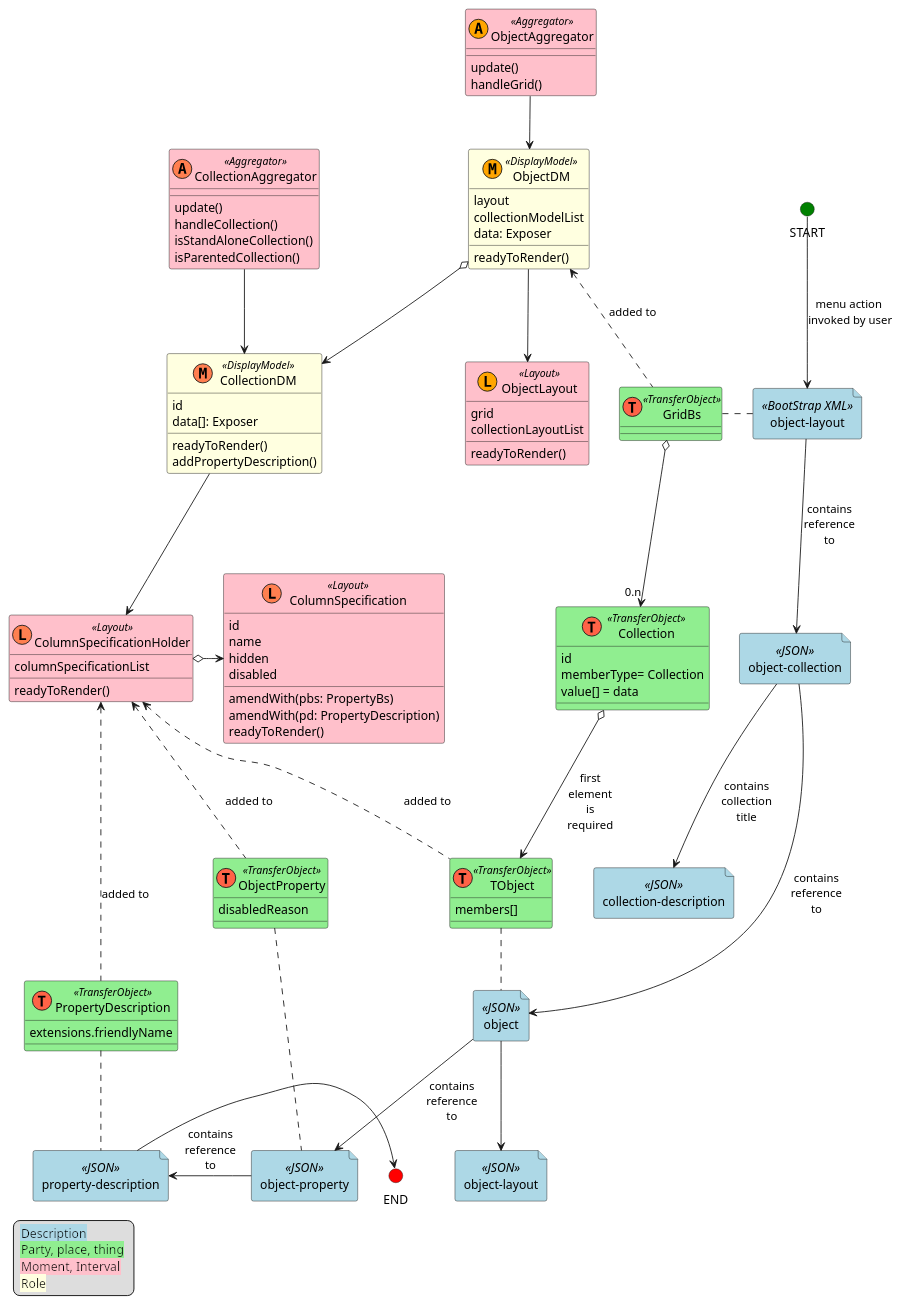
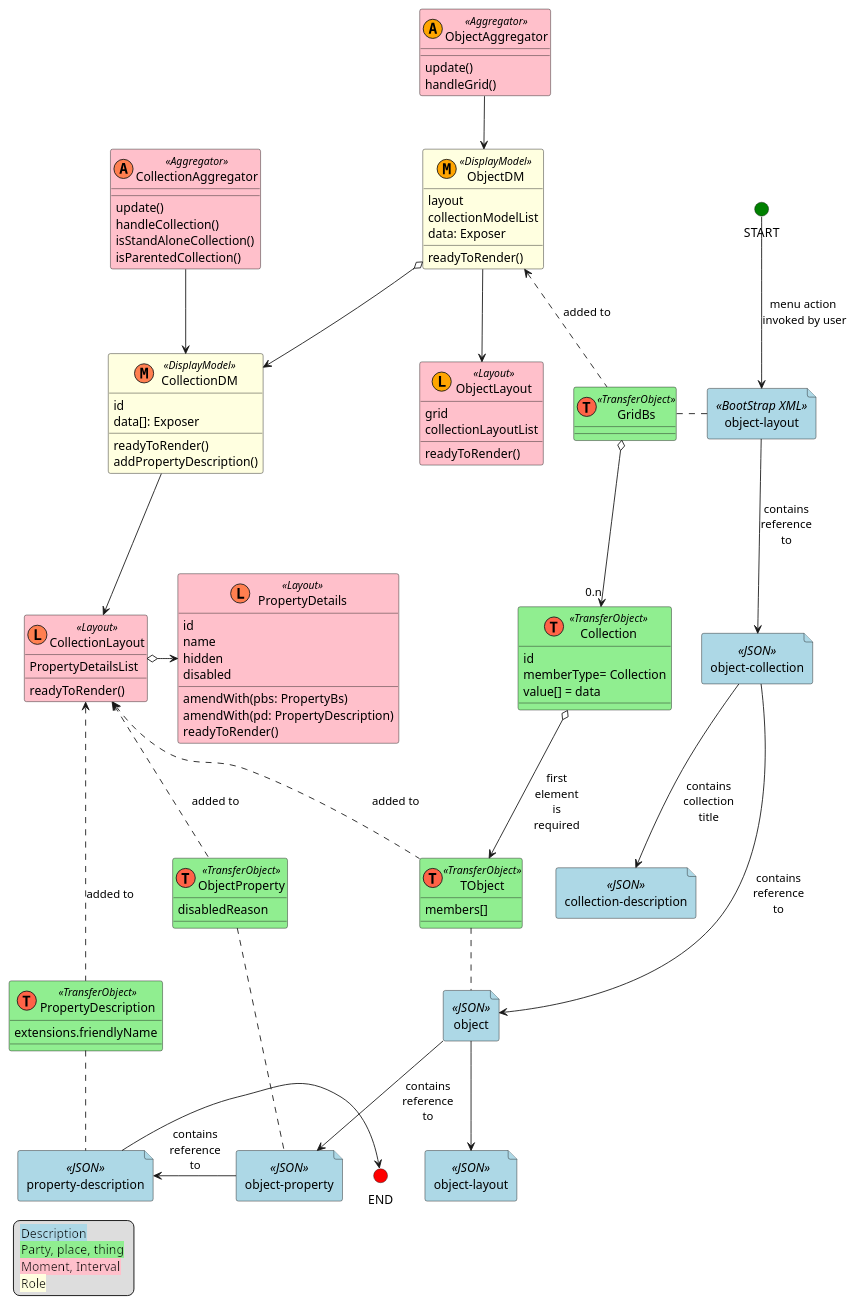
The diagram in incubator/clients/kroviz/adoc/modules/kroviz/partials/design/collection_layout_aggregation_diagram.adoc (apache/causeway), drawn with PlantUML before and after one commit. The commit also changed 1 other file, not shown here.

Commit message:
ISIS-3171 doc & comments amended

```diff
--- a/incubator/clients/kroviz/adoc/modules/kroviz/partials/design/collection_layout_aggregation_diagram.adoc
+++ b/incubator/clients/kroviz/adoc/modules/kroviz/partials/design/collection_layout_aggregation_diagram.adoc
@@ -94,11 +94,11 @@
         readyToRender()
         addPropertyDescription()
     }
-    class ColumnSpecificationHolder <<(L,coral)Layout>> #pink{
-        columnSpecificationList
+    class CollectionLayout <<(L,coral)Layout>> #pink{
+        PropertyDetailsList
         readyToRender()
     }
-    class ColumnSpecification <<(L,coral)Layout>> #pink{
+    class PropertyDetails <<(L,coral)Layout>> #pink{
         id
         name
         hidden
@@ -108,15 +108,15 @@
         readyToRender()
     }
     CollectionAggregator --> CollectionDM
-    CollectionDM --> ColumnSpecificationHolder
-    ColumnSpecificationHolder o-r-> ColumnSpecification
+    CollectionDM --> CollectionLayout
+    CollectionLayout o-r-> PropertyDetails
 }
 ObjectDM o-r-> CollectionDM
 
 ' references between Layout and TO classes
-ColumnSpecificationHolder <.. TObject : added to
-ColumnSpecificationHolder <.. ObjectProperty : added to
-ColumnSpecificationHolder <.. PropertyDescription : added to
+CollectionLayout <.. TObject : added to
+CollectionLayout <.. ObjectProperty : added to
+CollectionLayout <.. PropertyDescription : added to
 
 
 legend left
```
